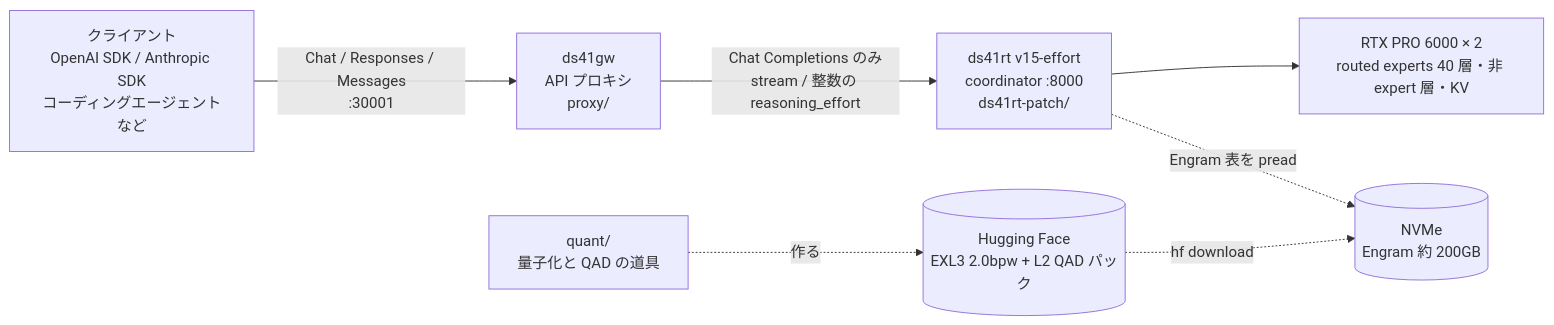
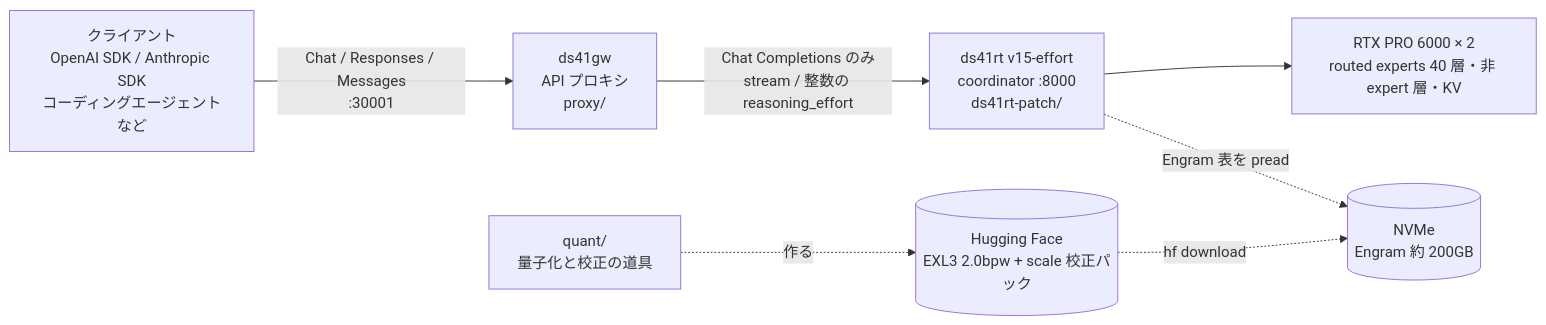
Before and after one commit to Chiytako/deepseek-v41-flash-2gpu: the diagram in README.md, drawn with Mermaid. The commit also changed other lines of this file and 6 other files, not shown here.

First line of the commit message:
Tone down naming: QAD -> scale calibration; rename HF repo

````diff
--- a/README.md
+++ b/README.md
@@ -34,9 +34,9 @@
 ```mermaid
 flowchart LR
   C[クライアント<br/>OpenAI SDK / Anthropic SDK<br/>コーディングエージェントなど] -->|Chat / Responses / Messages<br/>:30001| G[ds41gw<br/>API プロキシ<br/>proxy/]
   G -->|Chat Completions のみ<br/>stream / 整数の reasoning_effort| R[ds41rt v15-effort<br/>coordinator :8000<br/>ds41rt-patch/]
   R --> GPU[RTX PRO 6000 × 2<br/>routed experts 40 層・非 expert 層・KV]
   R -.->|Engram 表を pread| N[(NVMe<br/>Engram 約 200GB)]
-  W[(Hugging Face<br/>EXL3 2.0bpw + L2 QAD パック)] -.->|hf download| N
-  Q[quant/<br/>量子化と QAD の道具] -.->|作る| W
+  W[(Hugging Face<br/>EXL3 2.0bpw + scale 校正パック)] -.->|hf download| N
+  Q[quant/<br/>量子化と校正の道具] -.->|作る| W
 ```
````
